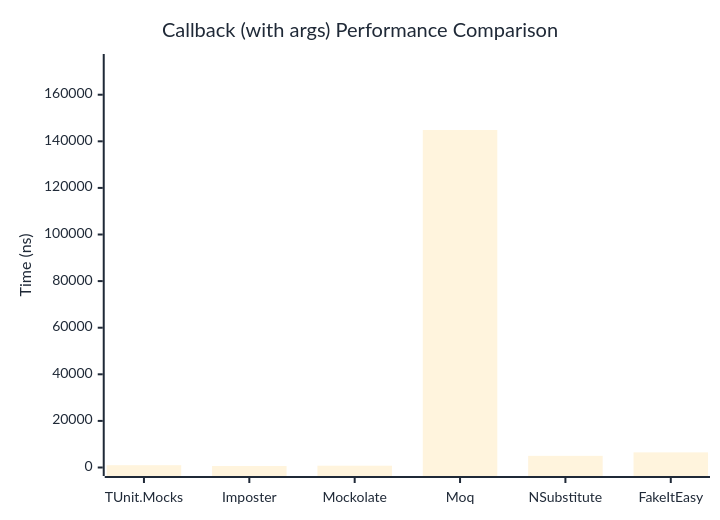
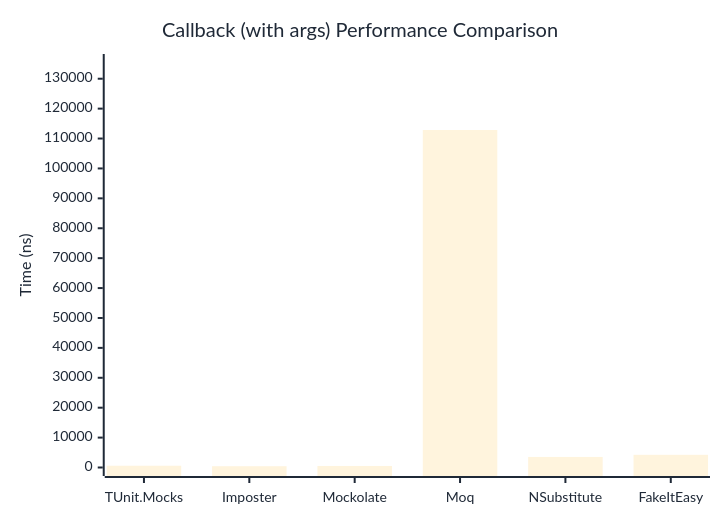
One commit to thomhurst/TUnit changed the second of 2 diagrams in docs/docs/benchmarks/mocks/Callback.md. Above: the diagram before and after it, drawn with Mermaid. The commit also changed other lines of this file and 14 other files, not shown here.

````diff
--- a/docs/docs/benchmarks/mocks/Callback.md
+++ b/docs/docs/benchmarks/mocks/Callback.md
@@ -69,27 +69,27 @@
 ```mermaid
 %%{init: {
   'theme':'base',
   'themeVariables': {
     'primaryColor': '#2563eb',
     'primaryTextColor': '#1f2937',
     'primaryBorderColor': '#1e40af',
     'lineColor': '#6b7280',
     'secondaryColor': '#7c3aed',
     'tertiaryColor': '#dc2626',
     'background': '#ffffff',
     'pie1': '#2563eb',
     'pie2': '#7c3aed',
     'pie3': '#dc2626',
     'pie4': '#f59e0b',
     'pie5': '#10b981',
     'pie6': '#06b6d4',
     'pie7': '#ec4899',
     'pie8': '#6366f1'
   }
 }}%%
 xychart-beta
   title "Callback (with args) Performance Comparison"
   x-axis ["TUnit.Mocks", "Imposter", "Mockolate", "Moq", "NSubstitute", "FakeItEasy"]
-  y-axis "Time (ns)" 0 --> 173828
-  bar [985.1, 654.4, 769.4, 144856.5, 4999.9, 6497.6]
+  y-axis "Time (ns)" 0 --> 135424
+  bar [595.7, 432.9, 511, 112853.2, 3532.8, 4244.4]
 ```
````
